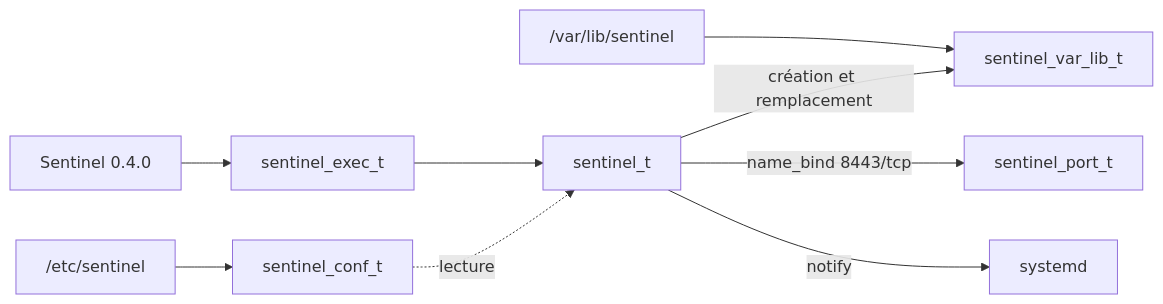
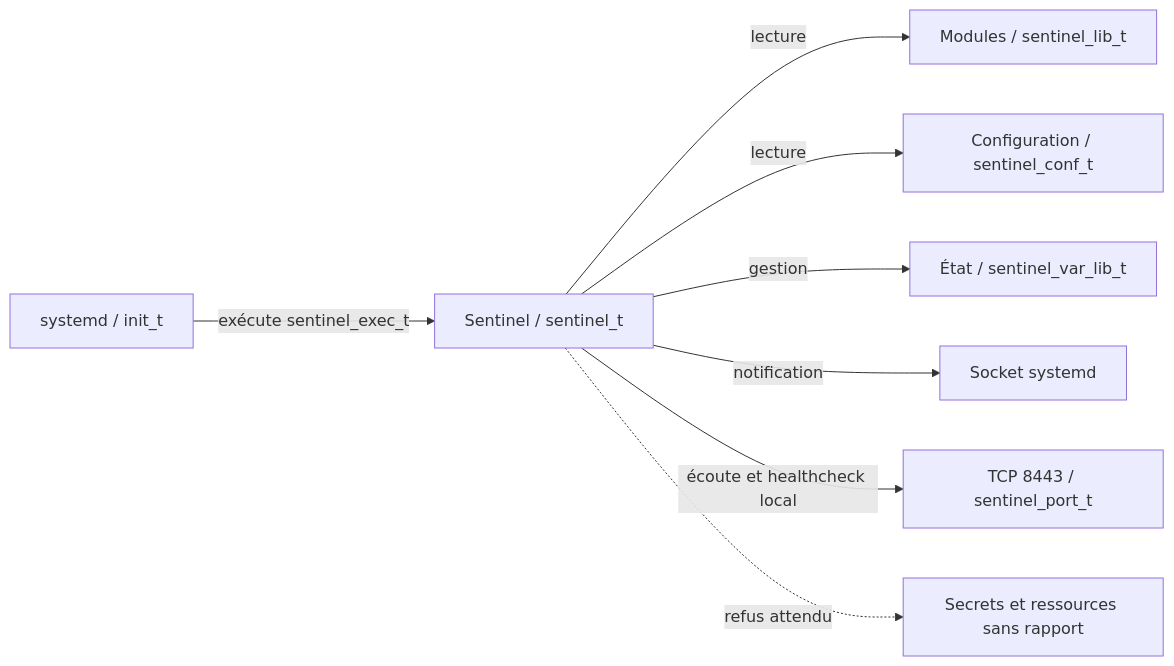
Before and after one commit to tdelaclos/formations: the first of 2 diagrams in sentinel/docs/campagne_06/6.6-securiser-sentinel-selinux.md, drawn with Mermaid. The commit also changed other lines of this file and 5 other files, not shown here.

````diff
--- a/sentinel/docs/campagne_06/6.6-securiser-sentinel-selinux.md
+++ b/sentinel/docs/campagne_06/6.6-securiser-sentinel-selinux.md
@@ -926,11 +51,10 @@
 ```mermaid
 flowchart LR
-    Code["Sentinel 0.4.0"] --> Exec["sentinel_exec_t"]
-    Config["/etc/sentinel"] --> Conf["sentinel_conf_t"]
-    State["/var/lib/sentinel"] --> Data["sentinel_var_lib_t"]
-    Exec --> Domain["sentinel_t"]
-    Conf -. lecture .-> Domain
-    Domain -->|création et remplacement| Data
-    Domain -->|name_bind 8443/tcp| Port["sentinel_port_t"]
-    Domain -->|notify| Systemd["systemd"]
+    Systemd["systemd / init_t"] -->|exécute sentinel_exec_t| Sentinel["Sentinel / sentinel_t"]
+    Sentinel -->|lecture| Code["Modules / sentinel_lib_t"]
+    Sentinel -->|lecture| Config["Configuration / sentinel_conf_t"]
+    Sentinel -->|gestion| State["État / sentinel_var_lib_t"]
+    Sentinel -->|notification| Notify["Socket systemd"]
+    Sentinel -->|écoute et healthcheck local| Port["TCP 8443 / sentinel_port_t"]
+    Sentinel -.->|refus attendu| Secrets["Secrets et ressources sans rapport"]
 ```
````
